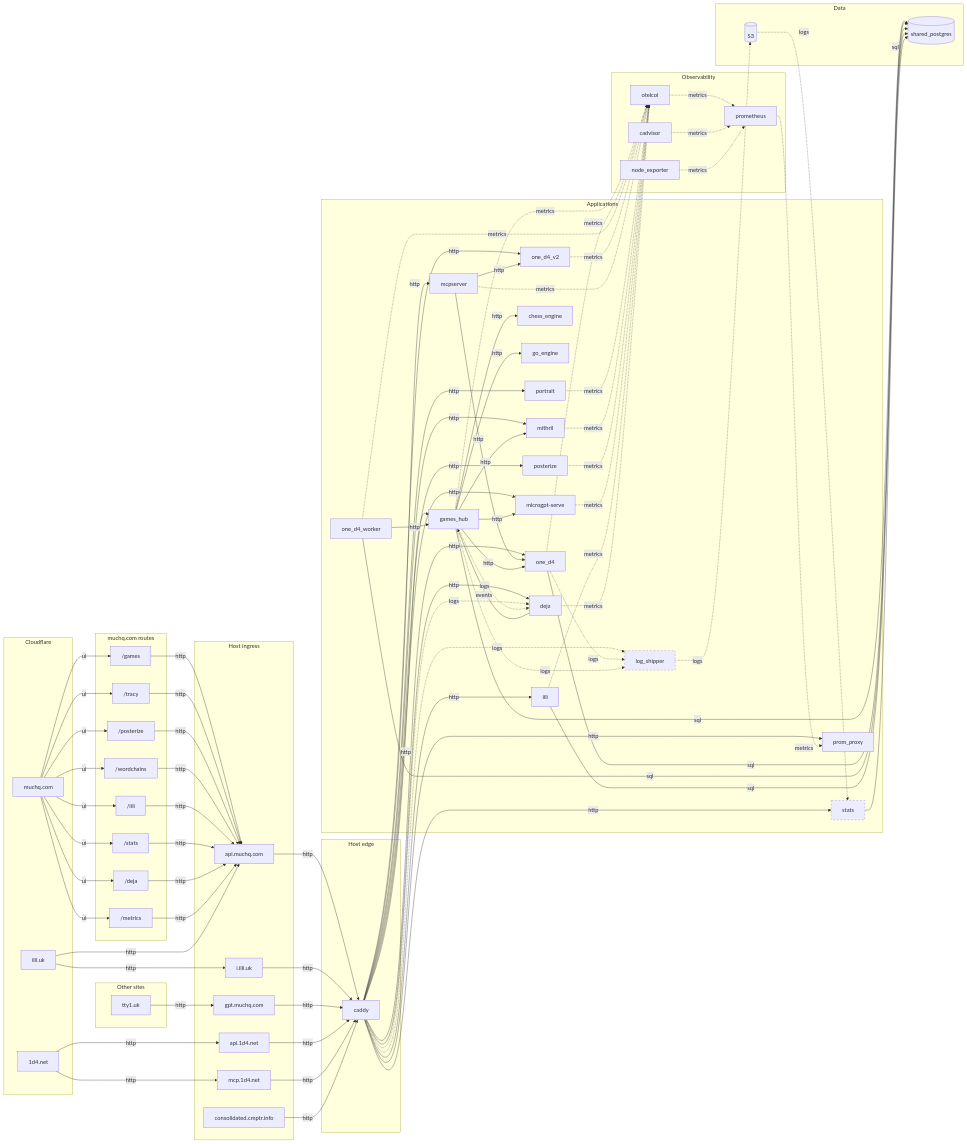
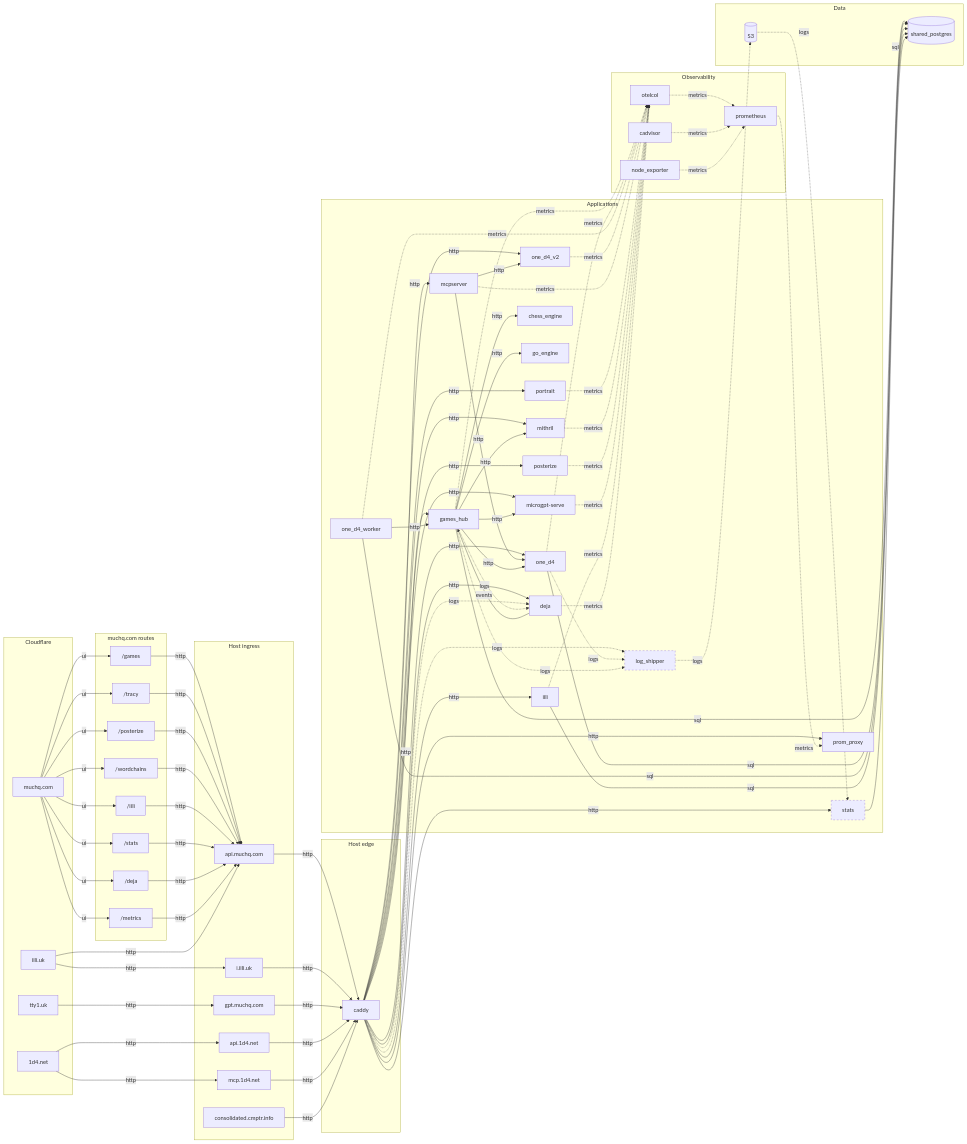
Before and after one commit to muchq/muchq.github.io: the diagram in src/apps/topology/topology.mmd, drawn with Mermaid. The commit also changed 6 other files, not shown here.

First line of the commit message:
Topology: tty1.uk in Cloudflare; CI keeps the diagram in sync (#470)

```diff
--- a/src/apps/topology/topology.mmd
+++ b/src/apps/topology/topology.mmd
@@ -1,160 +1,157 @@
 flowchart LR
   subgraph cf["Cloudflare"]
     muchq_com["muchq.com"]
     iili_uk["iili.uk"]
     one_d4_net["1d4.net"]
-  end
-
-  subgraph ext["Other sites"]
     tty1_uk["tty1.uk"]
   end
 
   subgraph ingress["Host ingress"]
     api_muchq["api.muchq.com"]
     i_iili_uk["i.iili.uk"]
     gpt_muchq["gpt.muchq.com"]
     api_1d4["api.1d4.net"]
     mcp_1d4["mcp.1d4.net"]
     cmptr["consolidated.cmptr.info"]
   end
 
   subgraph ui["muchq.com routes"]
     ui_games["/games"]
     ui_tracy["/tracy"]
     ui_posterize["/posterize"]
     ui_wordchains["/wordchains"]
     ui_iili["/iili"]
     ui_stats["/stats"]
     ui_deja["/deja"]
     ui_metrics["/metrics"]
   end
 
   subgraph edge["Host edge"]
     caddy["caddy"]
   end
 
   subgraph apps["Applications"]
     games_hub["games_hub"]
     one_d4["one_d4"]
     one_d4_worker["one_d4_worker"]
     one_d4_v2["one_d4_v2"]
     mcpserver["mcpserver"]
     portrait["portrait"]
     mithril["mithril"]
     chess_engine["chess_engine"]
     go_engine["go_engine"]
     posterize["posterize"]
     microgpt-serve["microgpt-serve"]
     iili["iili"]
     deja["deja"]
     stats["stats"]:::gated
     log_shipper["log_shipper"]:::gated
     prom_proxy["prom_proxy"]
   end
 
   subgraph data["Data"]
     shared_postgres[("shared_postgres")]
     s3[("S3")]
   end
 
   subgraph obs["Observability"]
     otelcol["otelcol"]
     prometheus["prometheus"]
     cadvisor["cadvisor"]
     node_exporter["node_exporter"]
   end
 
   muchq_com -->|ui| ui_games
   muchq_com -->|ui| ui_tracy
   muchq_com -->|ui| ui_posterize
   muchq_com -->|ui| ui_wordchains
   muchq_com -->|ui| ui_iili
   muchq_com -->|ui| ui_stats
   muchq_com -->|ui| ui_deja
   muchq_com -->|ui| ui_metrics
 
   ui_games -->|http| api_muchq
   ui_tracy -->|http| api_muchq
   ui_posterize -->|http| api_muchq
   ui_wordchains -->|http| api_muchq
   ui_iili -->|http| api_muchq
   ui_stats -->|http| api_muchq
   ui_deja -->|http| api_muchq
   ui_metrics -->|http| api_muchq
 
   iili_uk -->|http| api_muchq
   iili_uk -->|http| i_iili_uk
   one_d4_net -->|http| api_1d4
   one_d4_net -->|http| mcp_1d4
   tty1_uk -->|http| gpt_muchq
 
   api_muchq -->|http| caddy
   i_iili_uk -->|http| caddy
   gpt_muchq -->|http| caddy
   api_1d4 -->|http| caddy
   mcp_1d4 -->|http| caddy
   cmptr -->|http| caddy
 
   caddy -->|http| games_hub
   caddy -->|http| portrait
   caddy -->|http| mithril
   caddy -->|http| posterize
   caddy -->|http| microgpt-serve
   caddy -->|http| one_d4
   caddy -->|http| one_d4_v2
   caddy -->|http| iili
   caddy -->|http| stats
   caddy -->|http| deja
   caddy -->|http| mcpserver
   caddy -->|http| prom_proxy
 
   mcpserver -->|http| one_d4
   mcpserver -->|http| one_d4_v2
   deja -->|events| games_hub
 
   games_hub -->|sql| shared_postgres
   games_hub -->|http| microgpt-serve
   games_hub -->|http| mithril
   games_hub -->|http| chess_engine
   games_hub -->|http| go_engine
   games_hub -->|http| one_d4
   one_d4 -->|sql| shared_postgres
   one_d4_worker -->|sql| shared_postgres
   one_d4_worker -->|http| games_hub
   iili -->|sql| shared_postgres
   stats -->|sql| shared_postgres
 
   caddy -.->|logs| deja
   games_hub -.->|logs| deja
   caddy -.->|logs| log_shipper
   one_d4 -.->|logs| log_shipper
   games_hub -.->|logs| log_shipper
   log_shipper -.->|logs| s3
   s3 -.->|logs| stats
 
   games_hub -.->|metrics| otelcol
   one_d4 -.->|metrics| otelcol
   one_d4_worker -.->|metrics| otelcol
   one_d4_v2 -.->|metrics| otelcol
   mcpserver -.->|metrics| otelcol
   portrait -.->|metrics| otelcol
   mithril -.->|metrics| otelcol
   posterize -.->|metrics| otelcol
   microgpt-serve -.->|metrics| otelcol
   iili -.->|metrics| otelcol
   deja -.->|metrics| otelcol
   otelcol -.->|metrics| prometheus
   cadvisor -.->|metrics| prometheus
   node_exporter -.->|metrics| prometheus
   prometheus -.->|metrics| prom_proxy
 
   classDef gated stroke-dasharray: 5 5
 
   click games_hub "https://muchq.com/games"
   click portrait "https://muchq.com/tracy"
   click posterize "https://muchq.com/posterize"
   click mithril "https://muchq.com/wordchains"
   click iili "https://muchq.com/iili"
   click stats "https://muchq.com/stats"
   click deja "https://muchq.com/deja"
   click prom_proxy "https://muchq.com/metrics"
```
